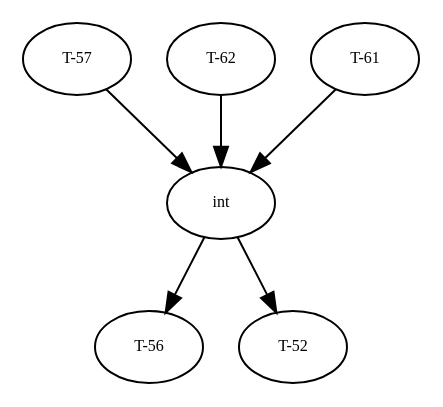
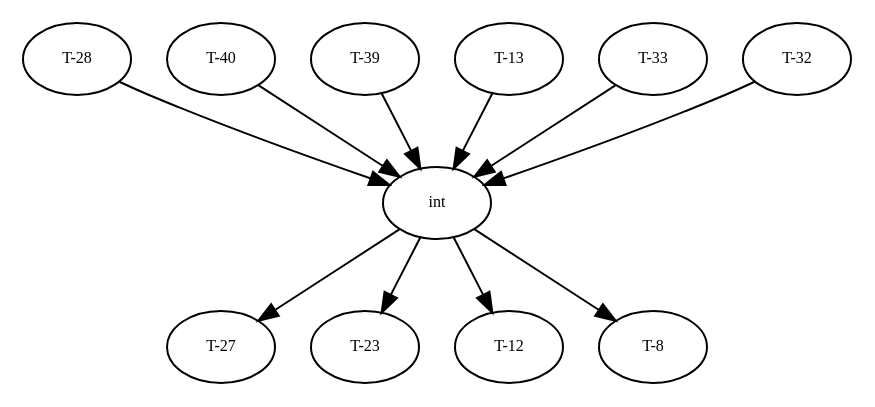
One commit to amso100/livescript-declarations changed the diagram in graphs/dg.dot. Above: the diagram before and after it, drawn with Graphviz. The commit also changed 9 other files, not shown here.

```diff
--- a/graphs/dg.dot
+++ b/graphs/dg.dot
@@ -1,51 +1,96 @@
 digraph RGL__DirectedAdjacencyGraph {
-    "T-57" [
+    "T-28" [
         fontsize = 8,
-        label = "T-57"
+        label = "T-28"
     ]
 
     int [
         fontsize = 8,
         label = int
     ]
 
-    "T-62" [
+    "T-40" [
         fontsize = 8,
-        label = "T-62"
+        label = "T-40"
     ]
 
-    "T-61" [
+    "T-39" [
         fontsize = 8,
-        label = "T-61"
+        label = "T-39"
     ]
 
-    "T-56" [
+    "T-13" [
         fontsize = 8,
-        label = "T-56"
+        label = "T-13"
     ]
 
-    "T-52" [
+    "T-33" [
         fontsize = 8,
-        label = "T-52"
+        label = "T-33"
     ]
 
-    "T-57" -> int [
+    "T-32" [
+        fontsize = 8,
+        label = "T-32"
+    ]
+
+    "T-27" [
+        fontsize = 8,
+        label = "T-27"
+    ]
+
+    "T-23" [
+        fontsize = 8,
+        label = "T-23"
+    ]
+
+    "T-12" [
+        fontsize = 8,
+        label = "T-12"
+    ]
+
+    "T-8" [
+        fontsize = 8,
+        label = "T-8"
+    ]
+
+    "T-28" -> int [
         fontsize = 8
     ]
 
-    int -> "T-56" [
+    int -> "T-27" [
         fontsize = 8
     ]
 
-    int -> "T-52" [
+    int -> "T-23" [
         fontsize = 8
     ]
 
-    "T-62" -> int [
+    int -> "T-12" [
         fontsize = 8
     ]
 
-    "T-61" -> int [
+    int -> "T-8" [
+        fontsize = 8
+    ]
+
+    "T-40" -> int [
+        fontsize = 8
+    ]
+
+    "T-39" -> int [
+        fontsize = 8
+    ]
+
+    "T-13" -> int [
+        fontsize = 8
+    ]
+
+    "T-33" -> int [
+        fontsize = 8
+    ]
+
+    "T-32" -> int [
         fontsize = 8
     ]
 }
```
